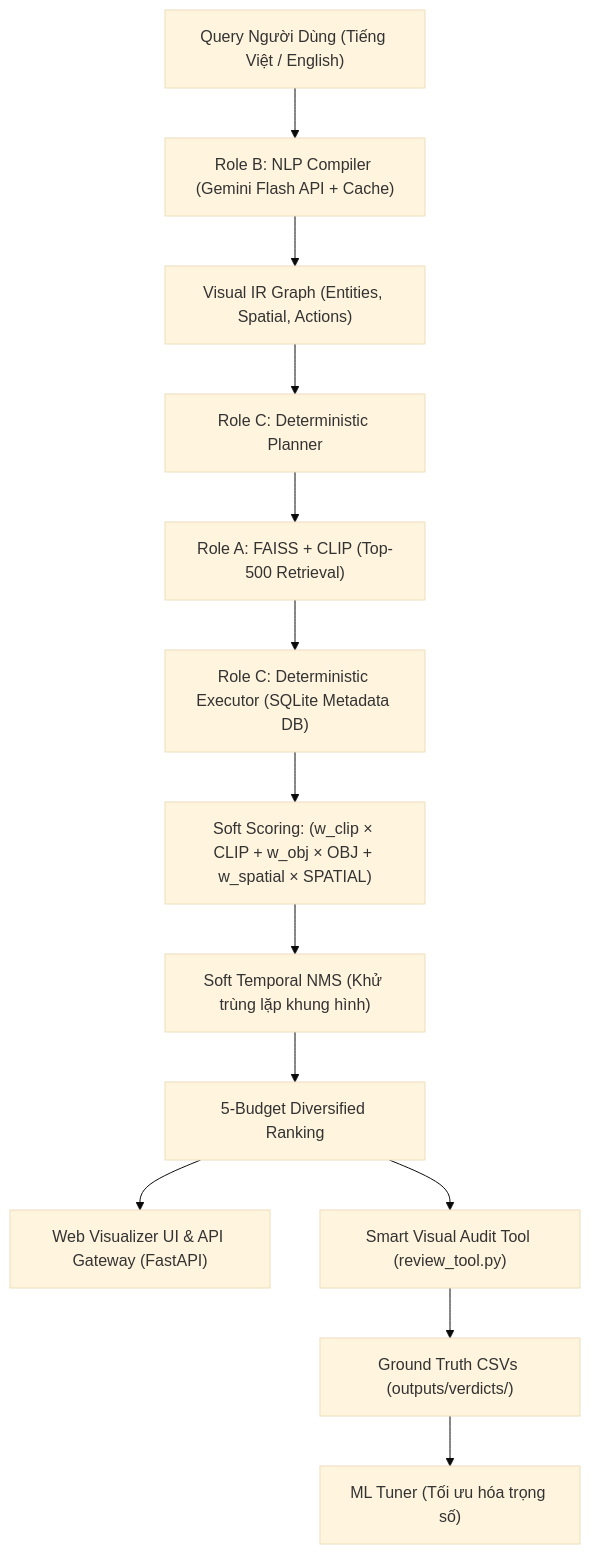
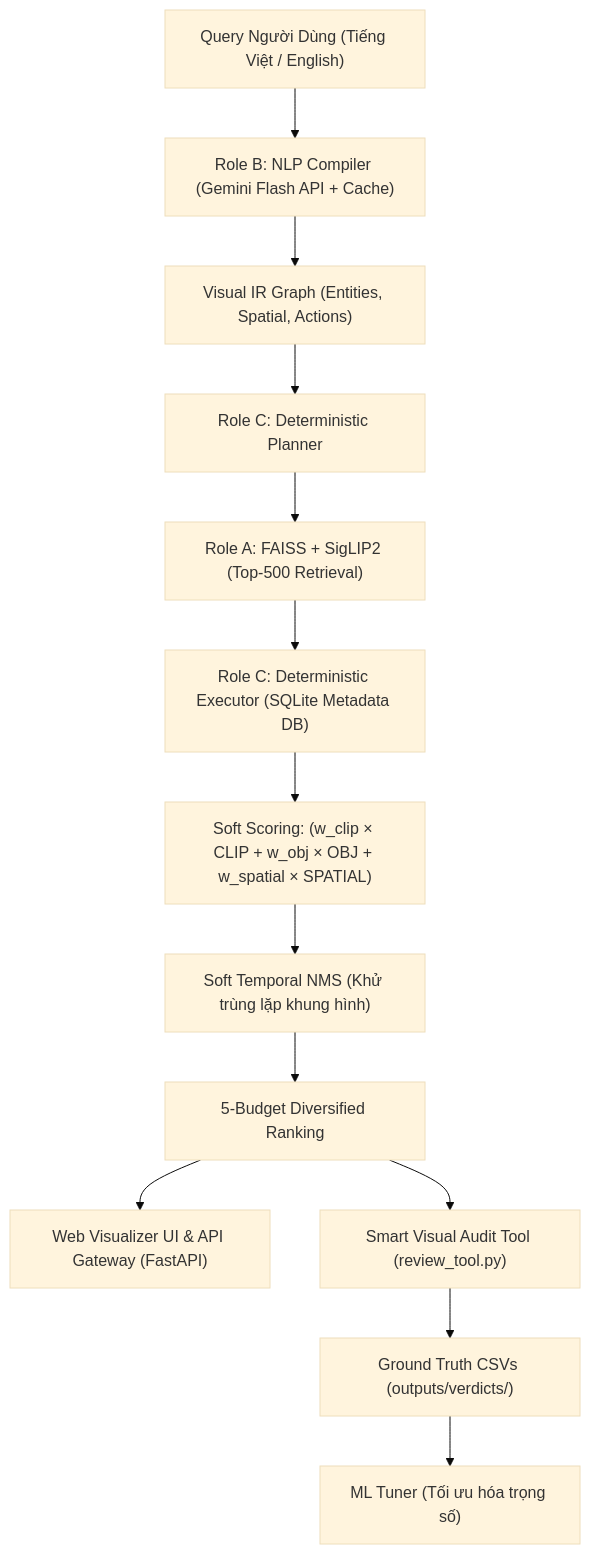
Before and after one commit to leloanqa-sys/EBT_Project_2026: the diagram in README.md, drawn with Mermaid (base theme). The commit also changed other lines of this file and 21 other files, not shown here.

````diff
--- a/README.md
+++ b/README.md
@@ -21,18 +21,18 @@
 ```mermaid
 flowchart TD
     UserQuery["Query Người Dùng (Tiếng Việt / English)"] --> RoleB["Role B: NLP Compiler (Gemini Flash API + Cache)"]
     RoleB --> IRGraph["Visual IR Graph (Entities, Spatial, Actions)"]
     
     IRGraph --> RoleC_Plan["Role C: Deterministic Planner"]
-    RoleC_Plan --> RoleA["Role A: FAISS + CLIP (Top-500 Retrieval)"]
+    RoleC_Plan --> RoleA["Role A: FAISS + SigLIP2 (Top-500 Retrieval)"]
     
     RoleA --> RoleC_Exec["Role C: Deterministic Executor (SQLite Metadata DB)"]
     RoleC_Exec --> Scoring["Soft Scoring: (w_clip × CLIP + w_obj × OBJ + w_spatial × SPATIAL)"]
     Scoring --> NMS["Soft Temporal NMS (Khử trùng lặp khung hình)"]
     NMS --> Budget5["5-Budget Diversified Ranking"]
     
     Budget5 --> WebUI["Web Visualizer UI & API Gateway (FastAPI)"]
     Budget5 --> AuditTool["Smart Visual Audit Tool (review_tool.py)"]
     AuditTool --> GroundTruth["Ground Truth CSVs (outputs/verdicts/)"]
     GroundTruth --> MLTuner["ML Tuner (Tối ưu hóa trọng số)"]
 ```
````
